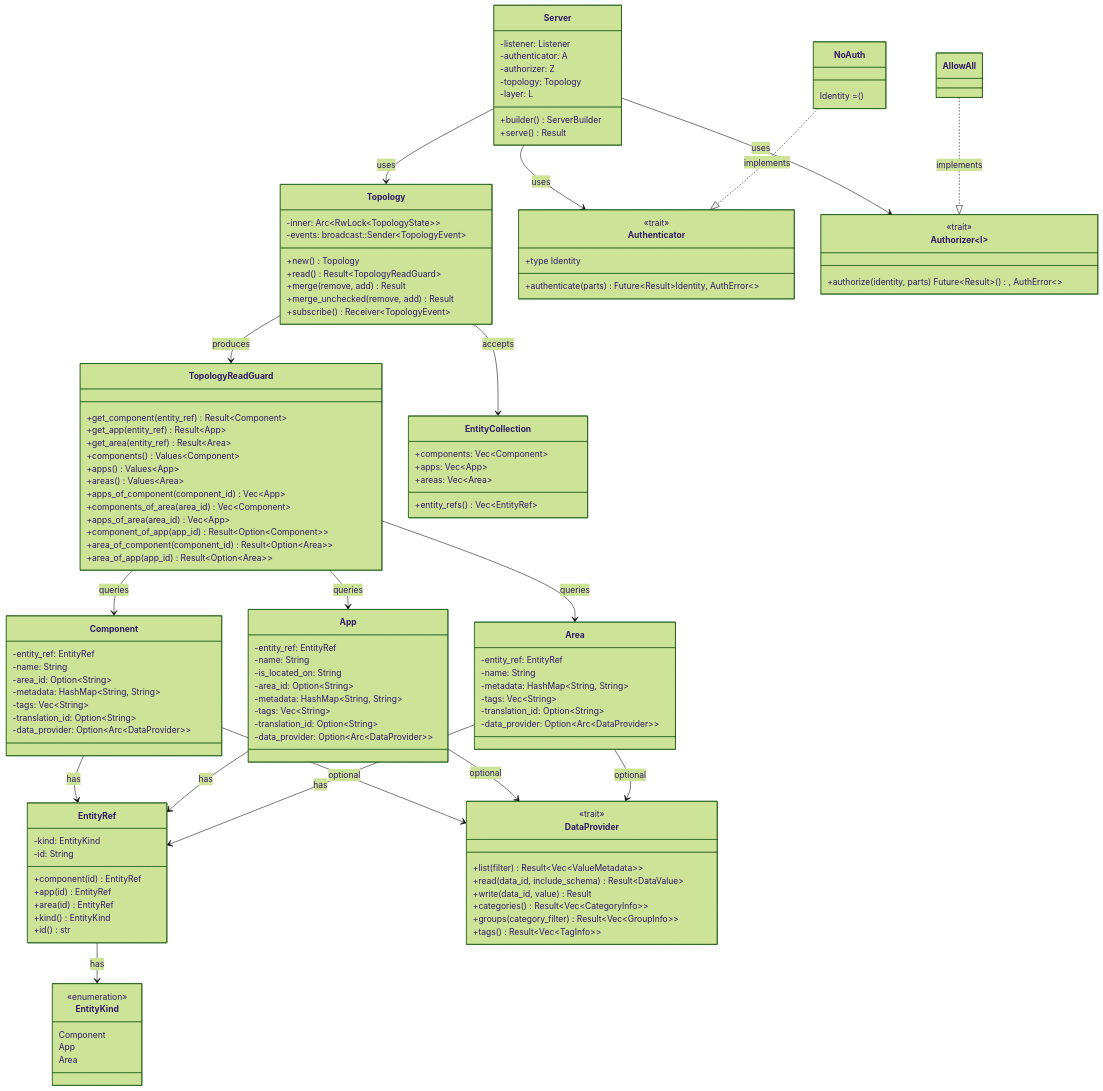
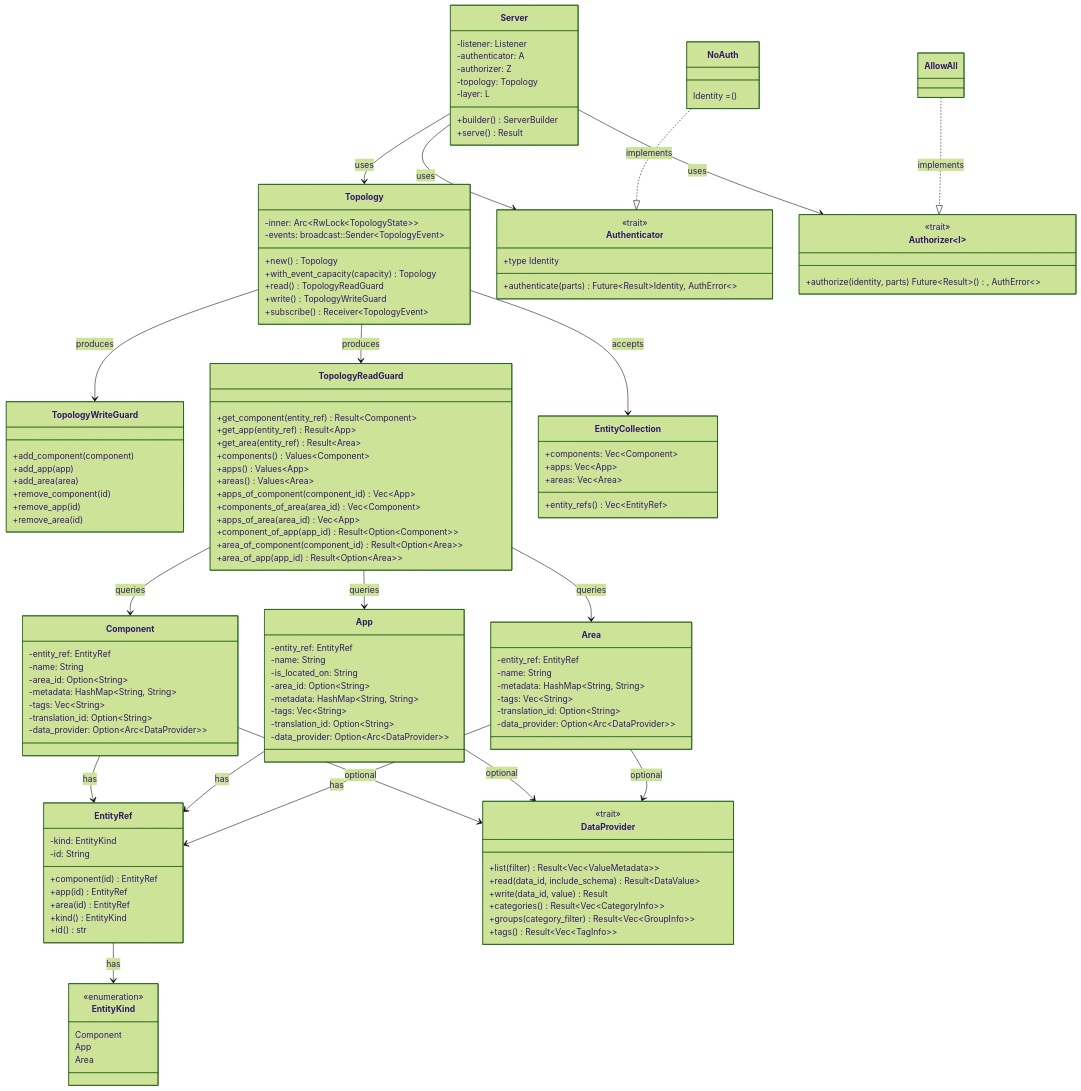
The first of 2 diagrams in docs/architecture.md (eclipse-opensovd/opensovd-core), drawn with Mermaid (forest theme) before and after one commit. The commit also changed other lines of this file, not shown here.

Commit message:
docs(architecture): document guard-based topology API

```diff
--- a/docs/architecture.md
+++ b/docs/architecture.md
@@ -20,10 +20,19 @@
         -inner: Arc~RwLock~TopologyState~~
         -events: broadcast::Sender~TopologyEvent~
         +new() Topology
-        +read() Result~TopologyReadGuard~
-        +merge(remove, add) Result
-        +merge_unchecked(remove, add) Result
+        +with_event_capacity(capacity) Topology
+        +read() TopologyReadGuard
+        +write() TopologyWriteGuard
         +subscribe() Receiver~TopologyEvent~
+    }
+
+    class TopologyWriteGuard {
+        +add_component(component)
+        +add_app(app)
+        +add_area(area)
+        +remove_component(id)
+        +remove_app(id)
+        +remove_area(id)
     }
 
     class TopologyReadGuard {
@@ -126,6 +135,7 @@
     Server --> Authenticator : uses
     Server --> Authorizer : uses
     Topology --> TopologyReadGuard : produces
+    Topology --> TopologyWriteGuard : produces
     TopologyReadGuard --> Component : queries
     TopologyReadGuard --> App : queries
     TopologyReadGuard --> Area : queries
```
